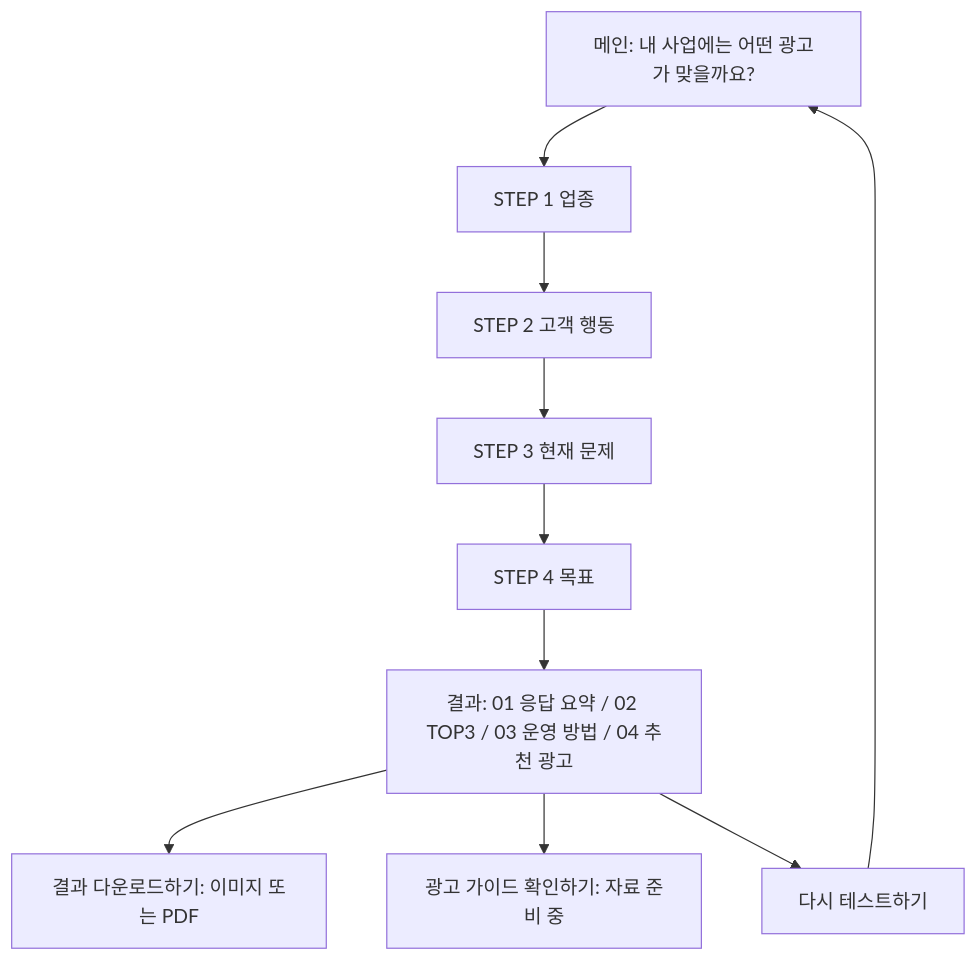
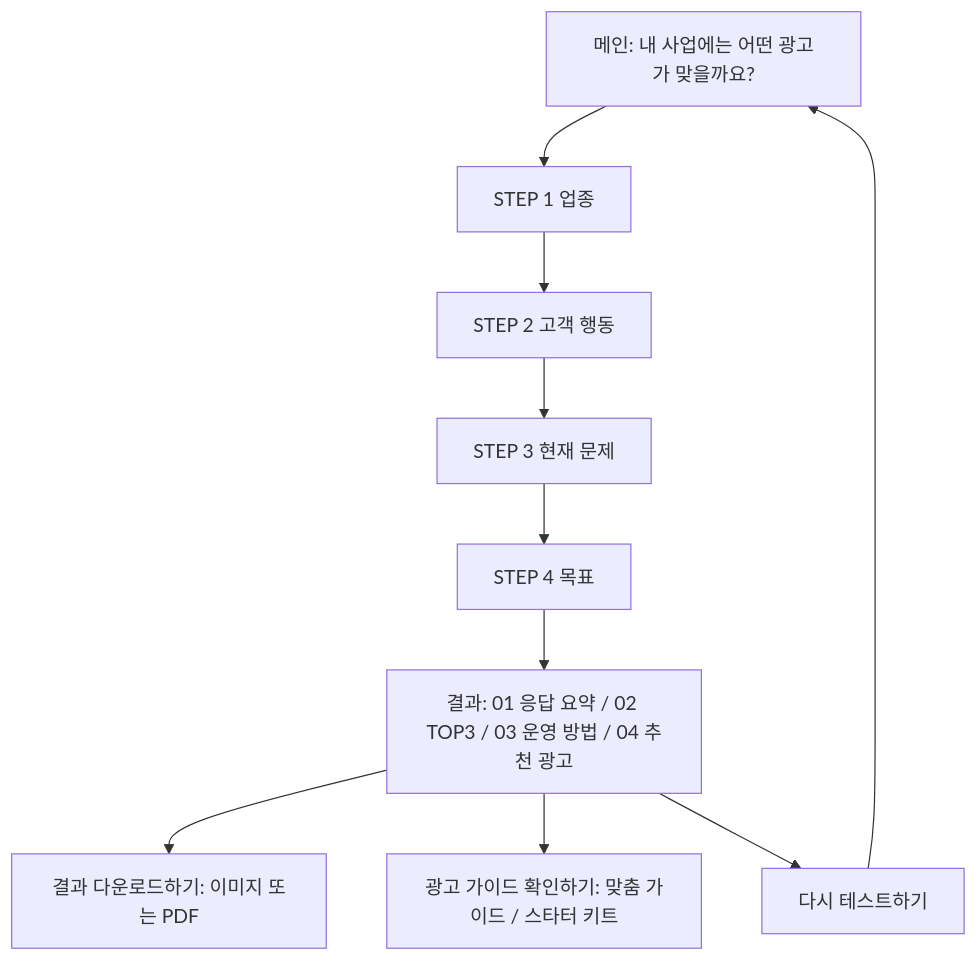
The diagram in README.md (alphabrothers-intelligence/kakao-checklist-web), drawn with Mermaid before and after one commit. The commit also changed other lines of this file and 6 other files, not shown here.

````diff
--- a/README.md
+++ b/README.md
@@ -57,12 +57,12 @@
 ```mermaid
 flowchart TD
     A[메인: 내 사업에는 어떤 광고가 맞을까요?] --> B[STEP 1 업종]
     B --> C[STEP 2 고객 행동]
     C --> D[STEP 3 현재 문제]
     D --> E[STEP 4 목표]
     E --> F[결과: 01 응답 요약 / 02 TOP3 / 03 운영 방법 / 04 추천 광고]
     F --> G[결과 다운로드하기: 이미지 또는 PDF]
-    F --> H[광고 가이드 확인하기: 자료 준비 중]
+    F --> H[광고 가이드 확인하기: 맞춤 가이드 / 스타터 키트]
     F --> I[다시 테스트하기]
     I --> A
 ```
````
